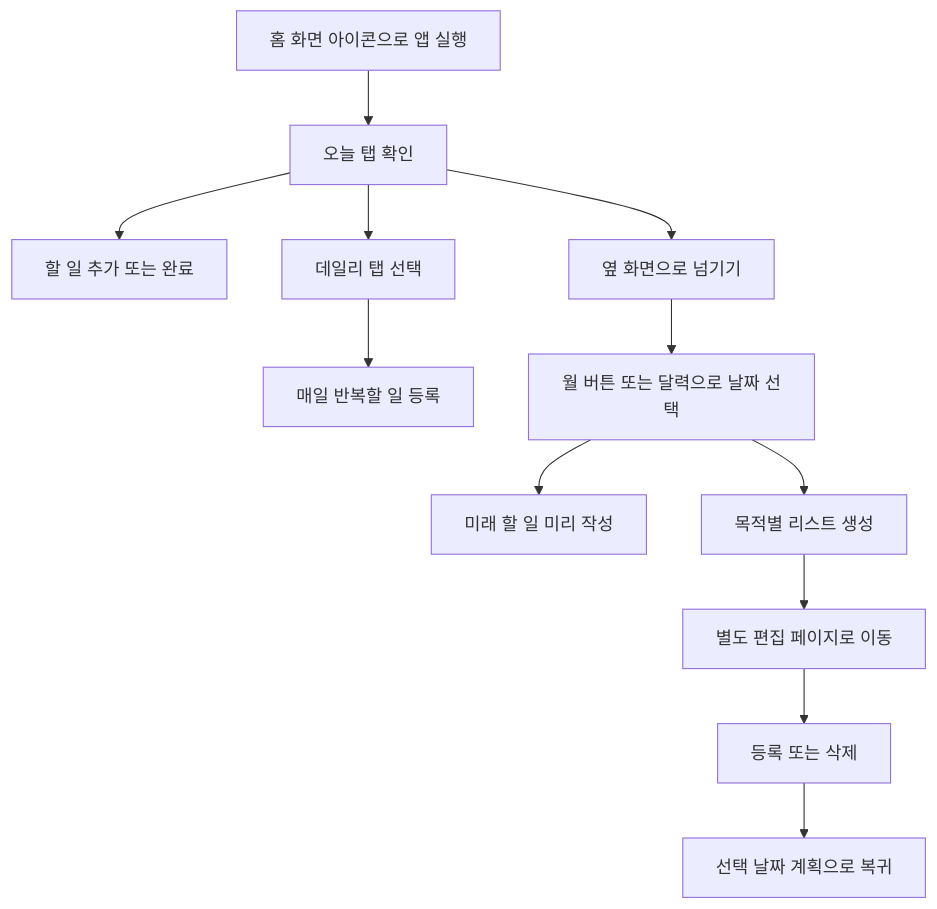
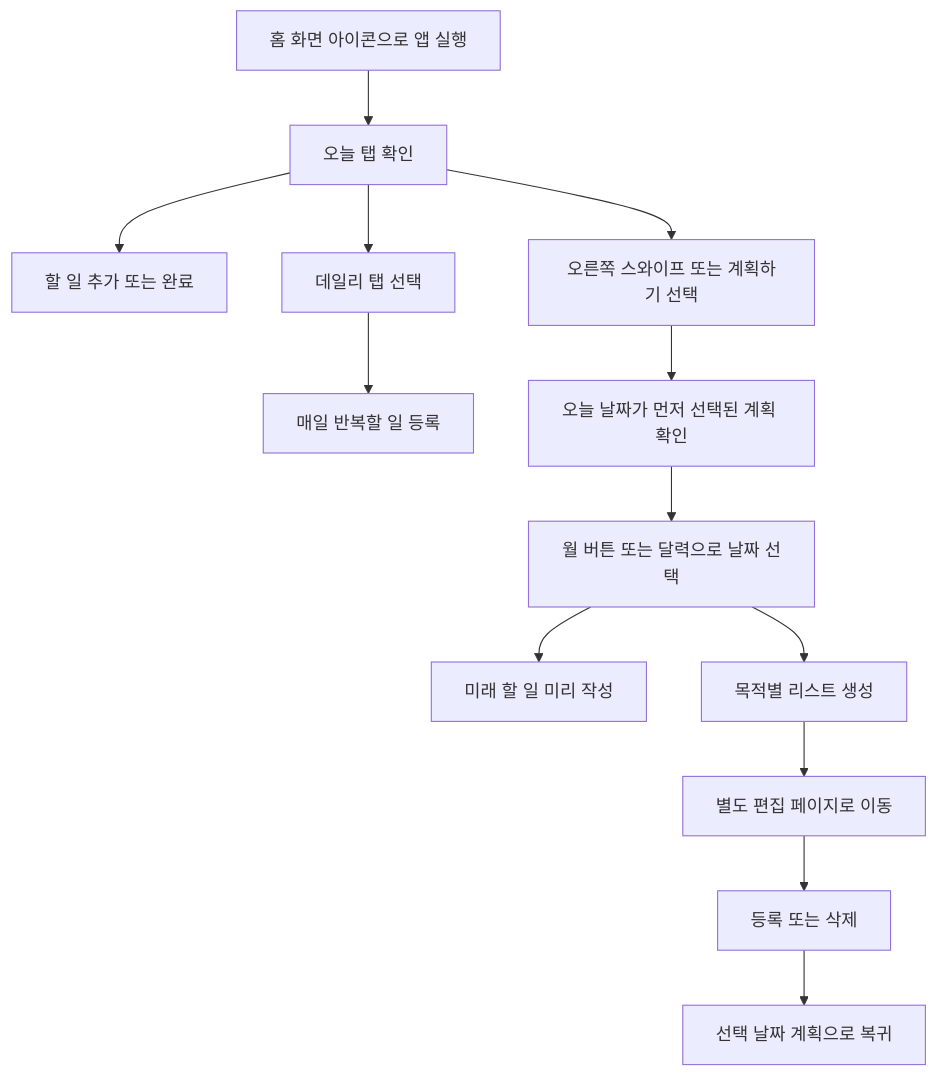
Before and after one commit to jiyeongoing/to-do-list-application: the first of 2 diagrams in docs/USER_FLOW.md, drawn with Mermaid. The commit also changed other lines of this file and 7 other files, not shown here.

````diff
--- a/docs/USER_FLOW.md
+++ b/docs/USER_FLOW.md
@@ -5,14 +5,15 @@
 ```mermaid
 flowchart TD
     A["홈 화면 아이콘으로 앱 실행"] --> B["오늘 탭 확인"]
     B --> C["할 일 추가 또는 완료"]
     B --> D["데일리 탭 선택"]
     D --> E["매일 반복할 일 등록"]
-    B --> F["옆 화면으로 넘기기"]
-    F --> G["월 버튼 또는 달력으로 날짜 선택"]
-    G --> H["미래 할 일 미리 작성"]
-    G --> I["목적별 리스트 생성"]
-    I --> J["별도 편집 페이지로 이동"]
-    J --> K["등록 또는 삭제"]
-    K --> L["선택 날짜 계획으로 복귀"]
+    B --> F["오른쪽 스와이프 또는 계획하기 선택"]
+    F --> G["오늘 날짜가 먼저 선택된 계획 확인"]
+    G --> H["월 버튼 또는 달력으로 날짜 선택"]
+    H --> I["미래 할 일 미리 작성"]
+    H --> J["목적별 리스트 생성"]
+    J --> K["별도 편집 페이지로 이동"]
+    K --> L["등록 또는 삭제"]
+    L --> M["선택 날짜 계획으로 복귀"]
 ```
````
